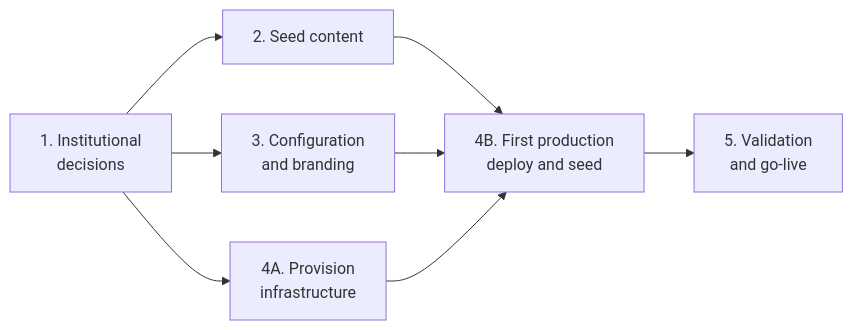
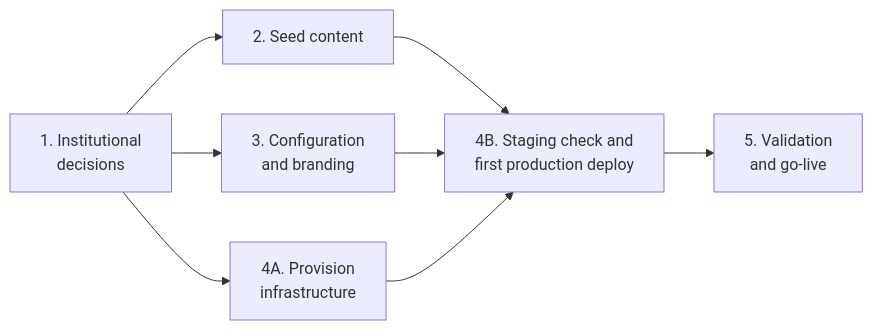
One commit to undp/carbon-footprint-program changed the diagram in docs/country-implementation-guide/README.md. Above: the diagram before and after it, drawn with Mermaid. The commit also changed other lines of this file and 7 other files, not shown here.

````diff
--- a/docs/country-implementation-guide/README.md
+++ b/docs/country-implementation-guide/README.md
@@ -31,10 +31,10 @@
 ```mermaid
 flowchart LR
   F1["1. Institutional<br/>decisions"] --> F2["2. Seed content"]
   F1 --> F3["3. Configuration<br/>and branding"]
   F1 --> F4A["4A. Provision<br/>infrastructure"]
-  F2 --> F4B["4B. First production<br/>deploy and seed"]
+  F2 --> F4B["4B. Staging check and<br/>first production deploy"]
   F3 --> F4B
   F4A --> F4B
   F4B --> F5["5. Validation<br/>and go-live"]
 ```
````
